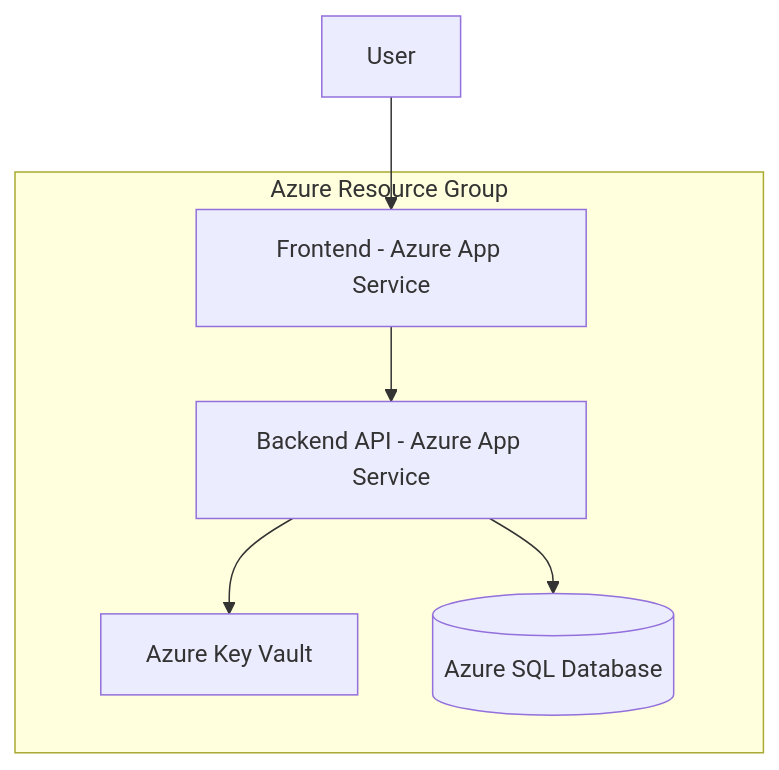
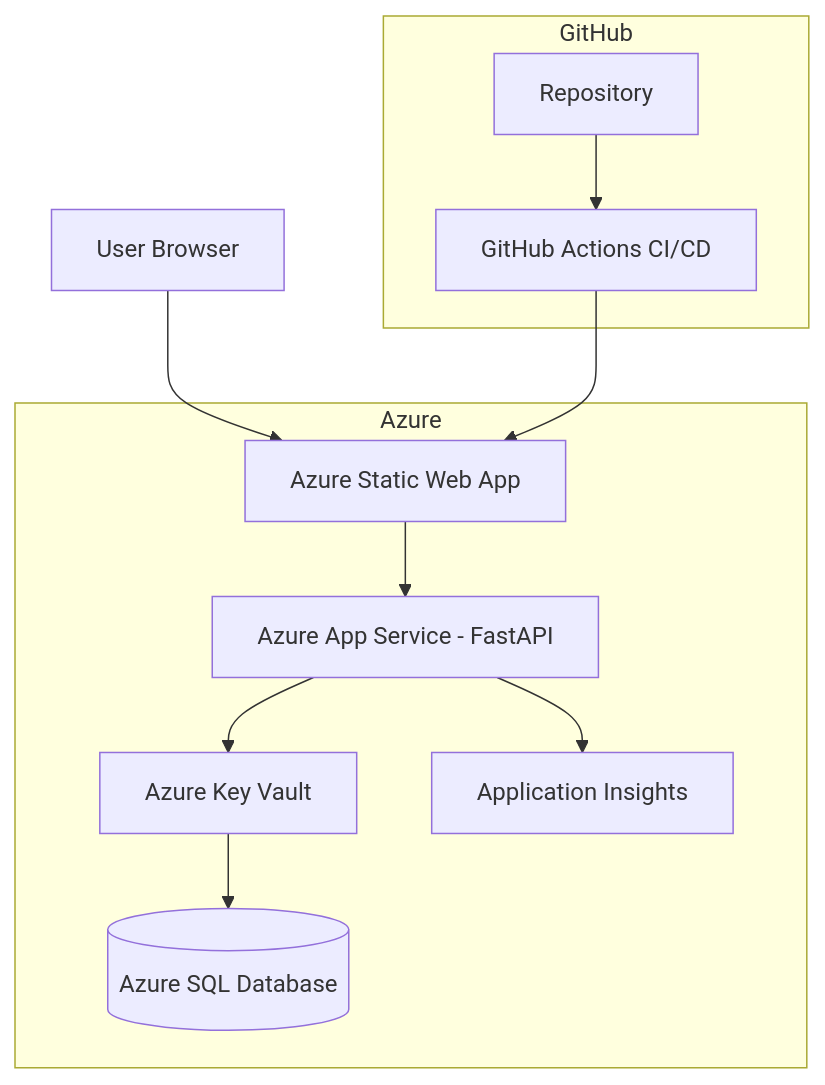
Before and after one commit to Kethanx/azure-medical-3tier-portal: the diagram in docs/architecture.md, drawn with Mermaid. The commit also changed 1 other file, not shown here.

Commit message:
readme update_2

````diff
--- a/docs/architecture.md
+++ b/docs/architecture.md
@@ -3,18 +3,25 @@
 ```mermaid
-flowchart TB
+flowchart TD
+    U[User Browser]
 
-    U[User] --> F[Frontend - Azure App Service]
+    subgraph Azure
+        F[Azure Static Web App]
+        B[Azure App Service - FastAPI]
+        K[Azure Key Vault]
+        D[(Azure SQL Database)]
+        M[Application Insights]
+    end
 
-    F --> B[Backend API - Azure App Service]
+    subgraph GitHub
+        R[Repository]
+        C[GitHub Actions CI/CD]
+    end
 
-    B --> K[Azure Key Vault]
-
-    B --> D[(Azure SQL Database)]
-
-    subgraph Azure Resource Group
-        F
-        B
-        K
-        D
-    end
+    U --> F
+    F --> B
+    B --> K
+    K --> D
+    B --> M
+    R --> C
+    C --> F
 ```
````
